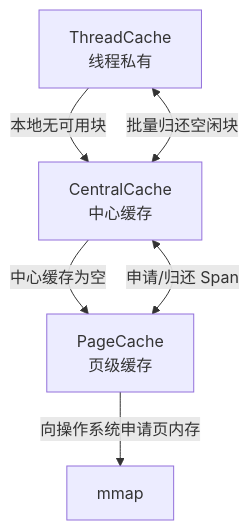
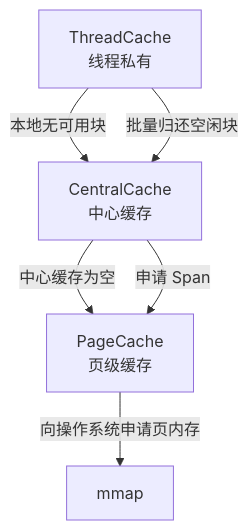
Before and after one commit to zlzxxy/Memory_Pool: the diagram in README.md, drawn with Mermaid. The commit also changed other lines of this file, not shown here.

````diff
--- a/README.md
+++ b/README.md
@@ -94,9 +94,9 @@
 ```mermaid
 flowchart TD
     A[ThreadCache<br/>线程私有] -->|本地无可用块| B[CentralCache<br/>中心缓存]
     B -->|中心缓存为空| C[PageCache<br/>页级缓存]
     C -->|向操作系统申请页内存| D[mmap]
 
-    A <-->|批量归还空闲块| B
-    B <-->|申请/归还 Span| C
+    A -->|批量归还空闲块| B
+    B -->|申请 Span| C
 ```
````
